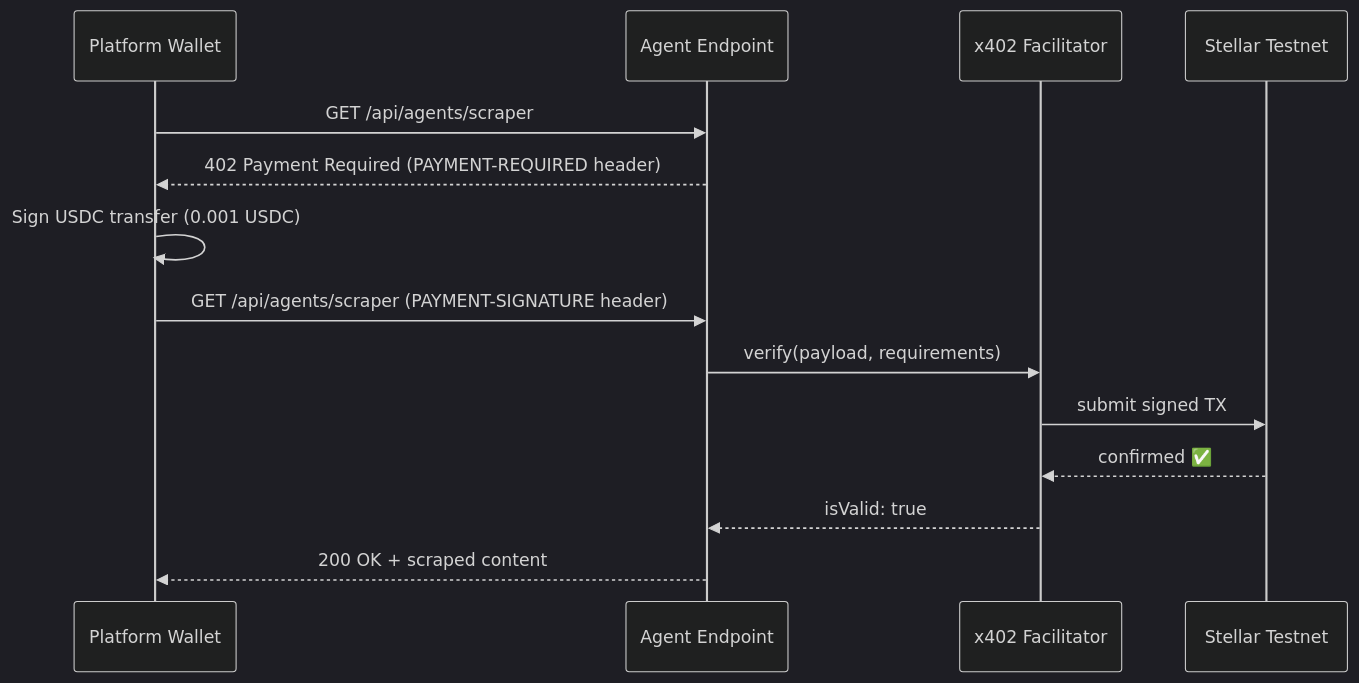
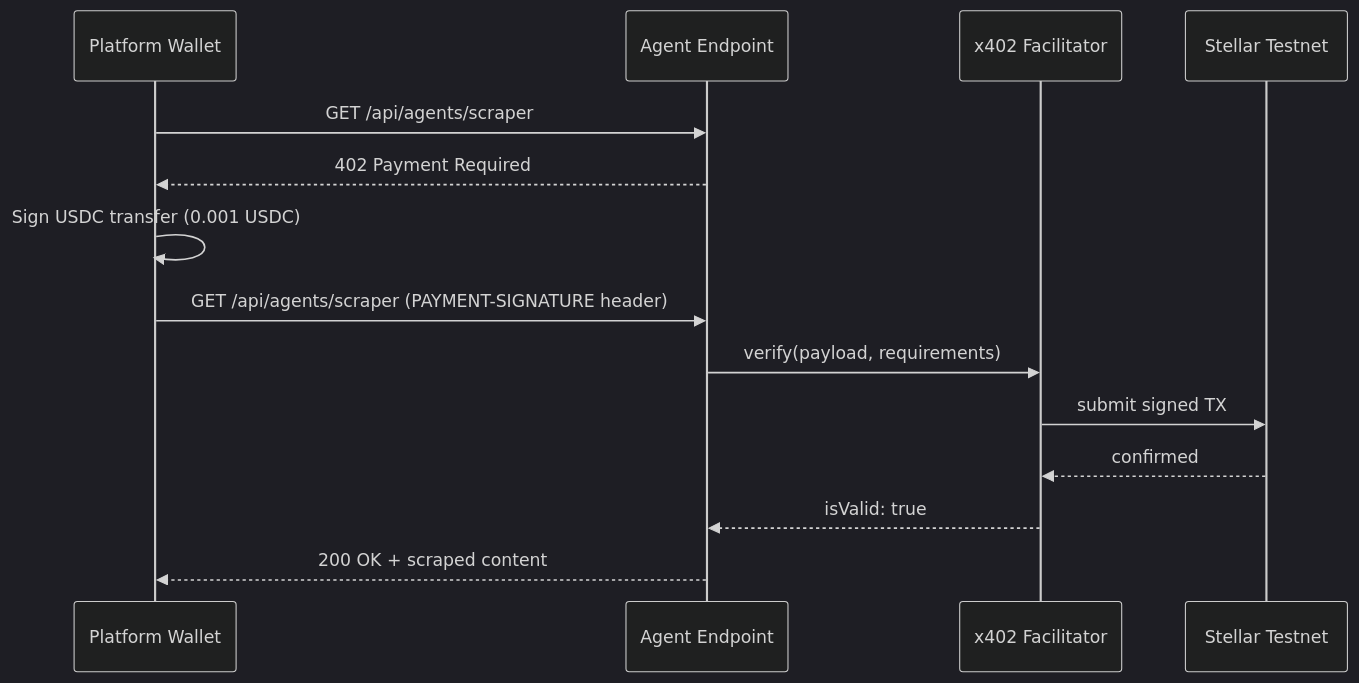
The second of 3 diagrams in README.md (HACK3R-CRYPTO/AgentForge), drawn with Mermaid (dark theme) before and after one commit. The commit also changed other lines of this file, not shown here.

````diff
--- a/README.md
+++ b/README.md
@@ -129,17 +96,17 @@
 ```mermaid
 sequenceDiagram
     participant P as Platform Wallet
     participant S as Agent Endpoint
     participant F as x402 Facilitator
     participant T as Stellar Testnet
 
     P->>S: GET /api/agents/scraper
-    S-->>P: 402 Payment Required (PAYMENT-REQUIRED header)
+    S-->>P: 402 Payment Required
     P->>P: Sign USDC transfer (0.001 USDC)
     P->>S: GET /api/agents/scraper (PAYMENT-SIGNATURE header)
     S->>F: verify(payload, requirements)
     F->>T: submit signed TX
-    T-->>F: confirmed ✅
+    T-->>F: confirmed
     F-->>S: isValid: true
     S-->>P: 200 OK + scraped content
 ```
````
